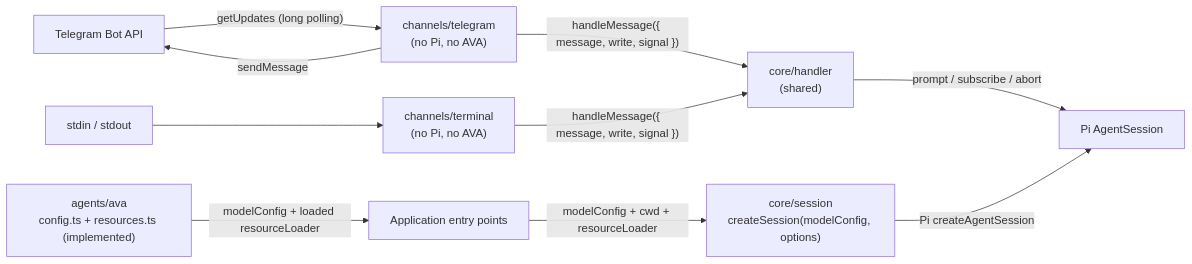
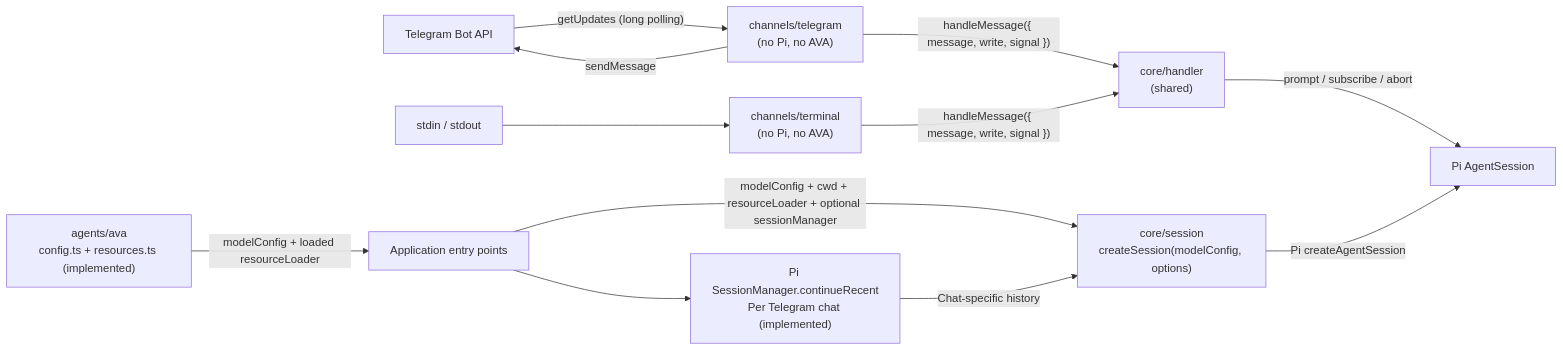
Before and after one commit to fjeansilva/ava-personal-assistant: the first of 2 diagrams in docs/telegram-channel-plan.md, drawn with Mermaid. The commit also changed other lines of this file and 5 other files, not shown here.

First line of the commit message:
feat(telegram): persist and resume Pi sessions per chat

````diff
--- a/docs/telegram-channel-plan.md
+++ b/docs/telegram-channel-plan.md
@@ -47,12 +47,14 @@
 ```mermaid
 flowchart LR
     TG["Telegram Bot API"] -->|"getUpdates (long polling)"| Channel["channels/telegram<br/>(no Pi, no AVA)"]
     Term["stdin / stdout"] --> TermChannel["channels/terminal<br/>(no Pi, no AVA)"]
     Channel -->|"handleMessage({ message, write, signal })"| Handler["core/handler<br/>(shared)"]
     TermChannel -->|"handleMessage({ message, write, signal })"| Handler
     Handler -->|"prompt / subscribe / abort"| Session["Pi AgentSession"]
     Agent["agents/ava<br/>config.ts + resources.ts (implemented)"] -->|"modelConfig + loaded resourceLoader"| App["Application entry points"]
-    App -->|"modelConfig + cwd + resourceLoader"| Factory["core/session<br/>createSession(modelConfig, options)"]
+    App -->|"modelConfig + cwd + resourceLoader + optional sessionManager"| Factory["core/session<br/>createSession(modelConfig, options)"]
+    App --> Manager["Pi SessionManager.continueRecent<br/>Per Telegram chat (implemented)"]
+    Manager -->|"Chat-specific history"| Factory
     Factory -->|"Pi createAgentSession"| Session
     Channel -->|"sendMessage"| TG
 ```
````
